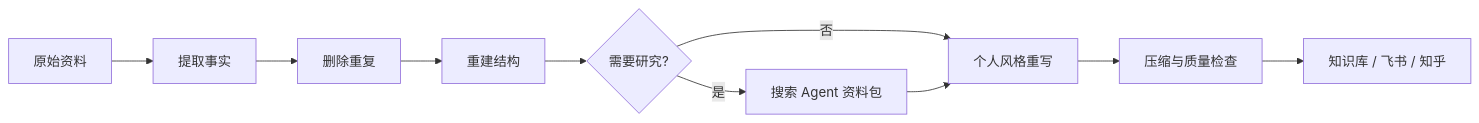
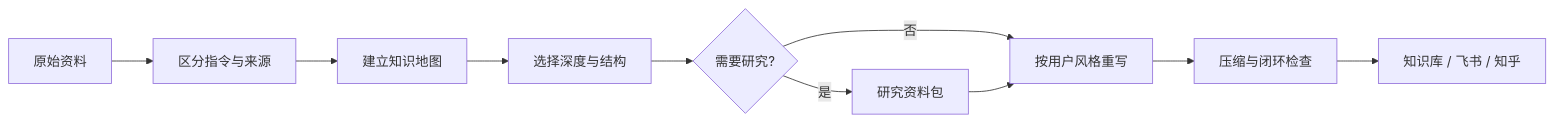
One commit to XiaoSiKe/knowledge-base-architect changed the diagram in README.md. Above: the diagram before and after it, drawn with Mermaid. The commit also changed other lines of this file and 13 other files, not shown here.

First line of the commit message:
feat: deepen knowledge architecture workflow

````diff
--- a/README.md
+++ b/README.md
@@ -36,12 +38,12 @@
 ```mermaid
 flowchart LR
-    A[原始资料] --> B[提取事实]
-    B --> C[删除重复]
-    C --> D[重建结构]
+    A[原始资料] --> B[区分指令与来源]
+    B --> C[建立知识地图]
+    C --> D[选择深度与结构]
     D --> E{需要研究?}
-    E -- 否 --> F[个人风格重写]
-    E -- 是 --> G[搜索 Agent 资料包]
+    E -- 否 --> F[按用户风格重写]
+    E -- 是 --> G[研究资料包]
     G --> F
-    F --> H[压缩与质量检查]
+    F --> H[压缩与闭环检查]
     H --> I[知识库 / 飞书 / 知乎]
 ```
````
